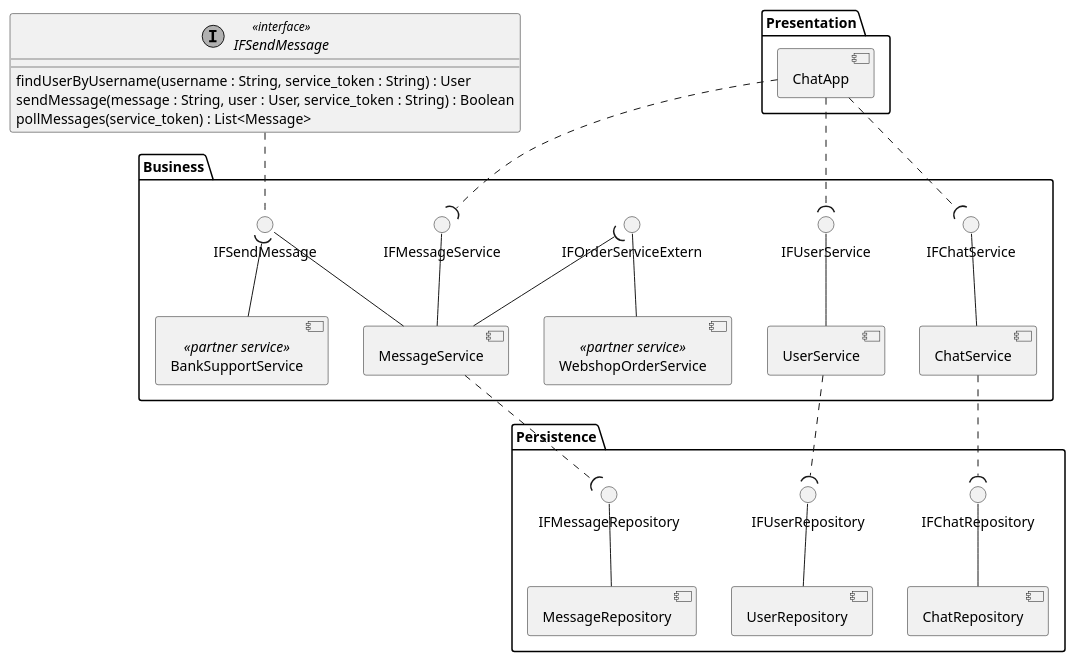
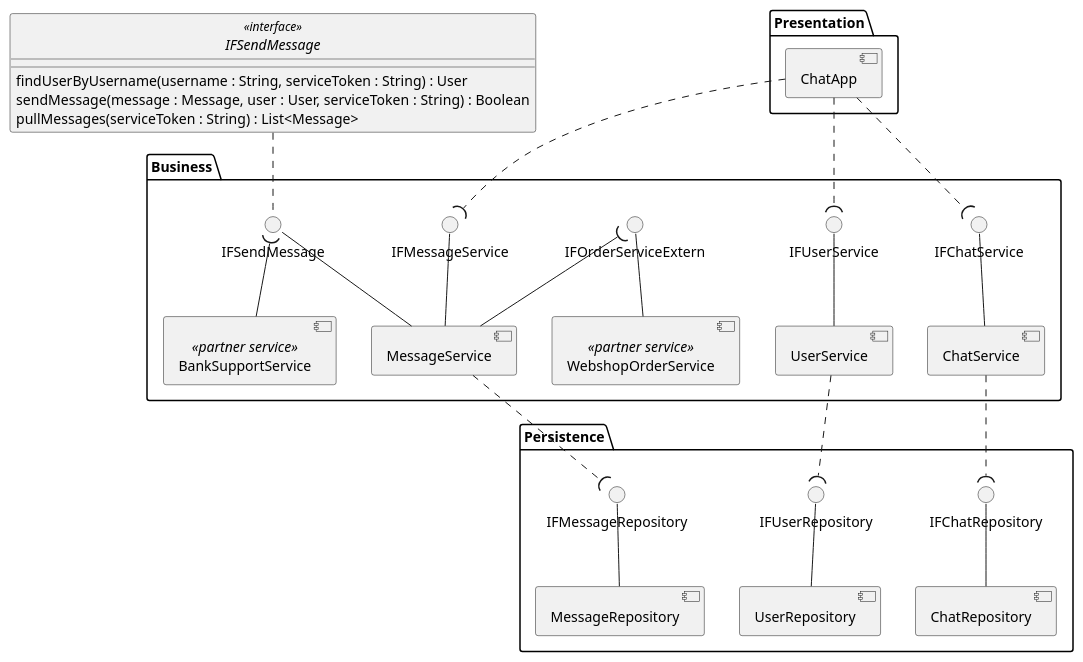
One commit to bbenno/oth-sw changed the diagram in src/doc/uml-component.puml. Above: the diagram before and after it, drawn with PlantUML.

Commit message:
Fixes
* fix typo
* make message object of Messag, not string
* hide circle

```diff
--- a/src/doc/uml-component.puml
+++ b/src/doc/uml-component.puml
@@ -1,62 +1,63 @@
 @startuml chat-component
 allow_mixing
 skinparam monochrome true
+hide circle
 ' Presentation Layer
 package "Presentation" {
     component ChatApp
 }
 
 ' Busines (Logic) Layer
 package "Business" {
     component UserService
     component ChatService
     component MessageService
     () IFUserService
     () IFChatService
     () IFMessageService
     () "IFSendMessage" as IFSendMessageLolli
     UserService    -up- IFUserService
     ChatService    -up- IFChatService
     MessageService -up- IFMessageService
     MessageService -up- IFSendMessageLolli
 
     component WebshopOrderService <<partner service>>
     () IFOrderServiceExtern
     WebshopOrderService -up- IFOrderServiceExtern
     MessageService -up-( IFOrderServiceExtern
 
     component BankSupportService <<partner service>>
     BankSupportService -up-( IFSendMessageLolli
 }
 
 ' Persistence Layer
 package "Persistence" {
     component UserRepository
     component ChatRepository
     component MessageRepository
     () IFUserRepository
     () IFChatRepository
     () IFMessageRepository
     UserRepository    -up- IFUserRepository
     ChatRepository    -up- IFChatRepository
     MessageRepository -up- IFMessageRepository
 }
 
 interface IFSendMessage <<interface>> {
-    findUserByUsername(username : String, service_token : String) : User
-    sendMessage(message : String, user : User, service_token : String) : Boolean
-    pollMessages(service_token) : List<Message>
+    findUserByUsername(username : String, serviceToken : String) : User
+    sendMessage(message : Message, user : User, serviceToken : String) : Boolean
+    pullMessages(serviceToken : String) : List<Message>
 }
 
 IFSendMessageLolli .up. IFSendMessage
 
 ' Connect presentation layer to busines layer
 ChatApp .down.( IFUserService
 ChatApp .down.( IFChatService
 ChatApp .down.( IFMessageService
 
 ' Connect business layer to persistence layer
 UserService .down.( IFUserRepository
 ChatService .down.( IFChatRepository
 MessageService .down.( IFMessageRepository
 @enduml
```
